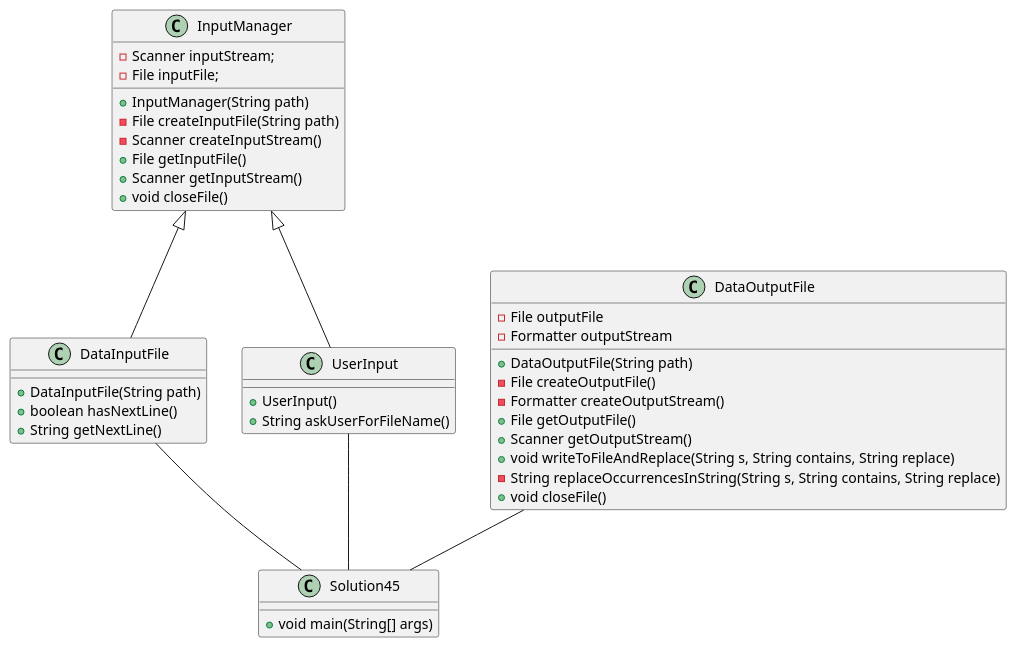
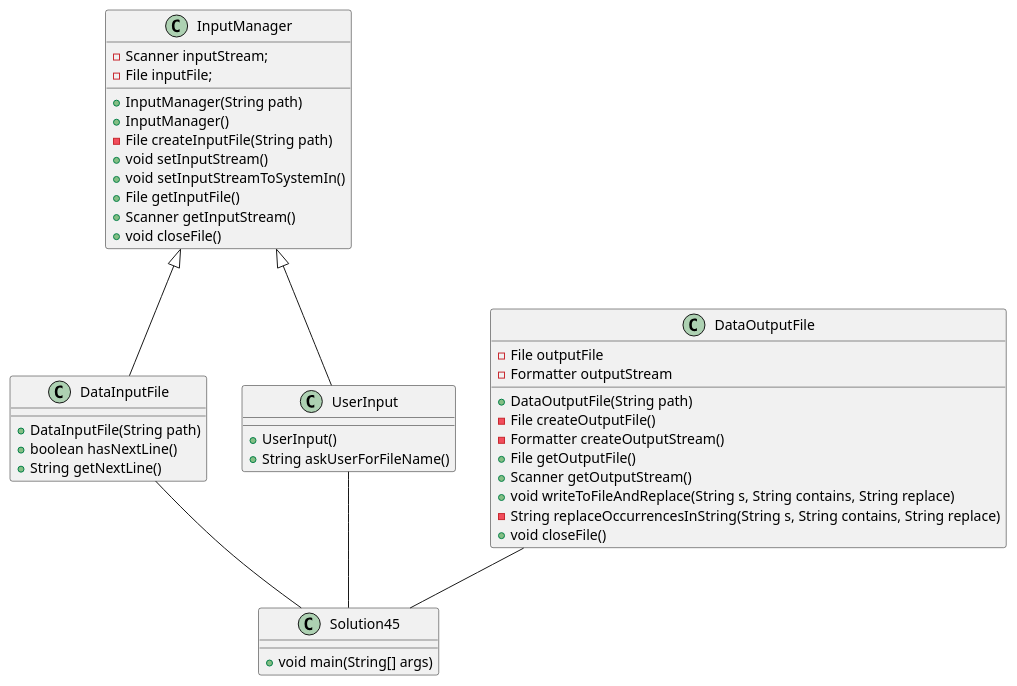
Before and after one commit to jkglaspey/glaspey-a04: the diagram in exercise45/docs/Solution45UMLDiagram.puml, drawn with PlantUML. The commit also changed 12 other files, not shown here.

```diff
--- a/exercise45/docs/Solution45UMLDiagram.puml
+++ b/exercise45/docs/Solution45UMLDiagram.puml
@@ -1,56 +1,58 @@
 @startuml
 
 class InputManager {
 ' Instance variables which manage a Scanner stream and file
 -Scanner inputStream;
 -File inputFile;
 
 ' Constructor initializes file and stream
 +InputManager(String path)
++InputManager()
 -File createInputFile(String path)
--Scanner createInputStream()
++void setInputStream()
++void setInputStreamToSystemIn()
 +File getInputFile()
 +Scanner getInputStream()
 +void closeFile()
 }
 
 class DataInputFile {
 ' Constructor uses super
 +DataInputFile(String path)
 +boolean hasNextLine()
 +String getNextLine()
 }
 
 class DataOutputFile {
 ' Instance variable which opens a file writer
 -File outputFile
 -Formatter outputStream
 
 ' Constructor initializes streams and catches file opening errors
 +DataOutputFile(String path)
 -File createOutputFile()
 -Formatter createOutputStream()
 +File getOutputFile()
 +Scanner getOutputStream()
 +void writeToFileAndReplace(String s, String contains, String replace)
 -String replaceOccurrencesInString(String s, String contains, String replace)
 +void closeFile()
 }
 
 class UserInput {
 ' Constructor initializes stream to System.in
 +UserInput()
 +String askUserForFileName()
 }
 
 class Solution45 {
 +void main(String[] args)
 }
 
 DataInputFile -- Solution45
 DataOutputFile -- Solution45
 UserInput -- Solution45
 InputManager <|-- DataInputFile
 InputManager <|-- UserInput
 
 @enduml
```
